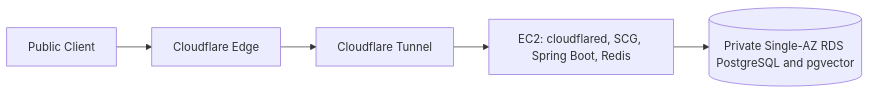
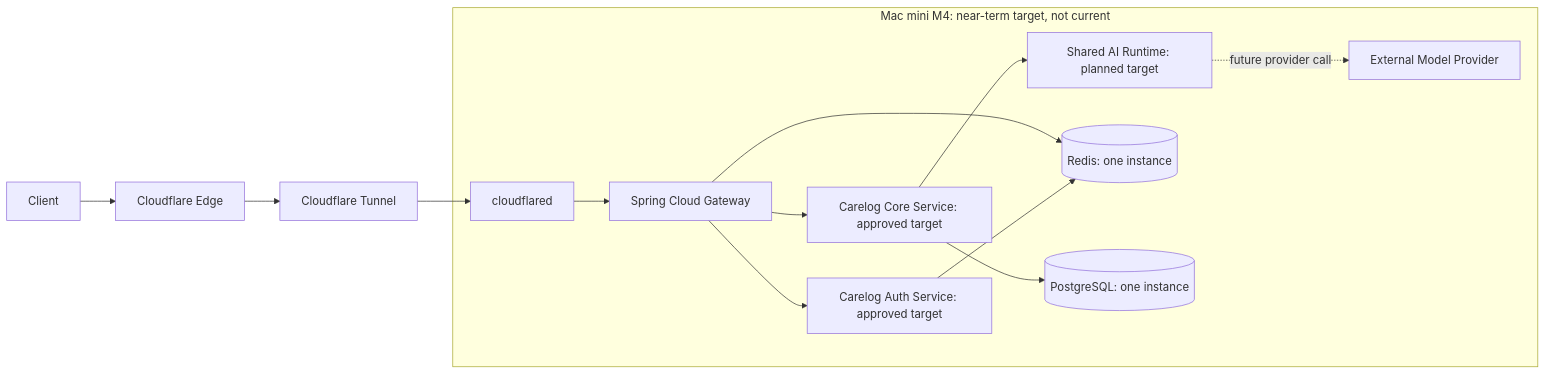
Before and after one commit to ranikun-labs/carelog-be: the third of 5 diagrams in docs/architecture/runtime-deployment-profiles.md, drawn with Mermaid. The commit also changed other lines of this file and 1 other file, not shown here.

Commit message:
docs(architecture): 제품과 공용 플랫폼의 서비스 경계를 구분

````diff
--- a/docs/architecture/runtime-deployment-profiles.md
+++ b/docs/architecture/runtime-deployment-profiles.md
@@ -52,7 +79,16 @@
 ```mermaid
 flowchart LR
-    client[Public Client] --> edge[Cloudflare Edge]
+    client[Client] --> edge[Cloudflare Edge]
     edge --> tunnel[Cloudflare Tunnel]
-    tunnel --> ec2[EC2: cloudflared, SCG, Spring Boot, Redis]
-    ec2 --> rds[(Private Single-AZ RDS PostgreSQL and pgvector)]
+    subgraph host[Mac mini M4: near-term target, not current]
+        connector[cloudflared] --> gateway[Spring Cloud Gateway]
+        gateway --> auth[Carelog Auth Service: approved target]
+        gateway --> core[Carelog Core Service: approved target]
+        core --> ai[Shared AI Runtime: planned target]
+        gateway --> redis[(Redis: one instance)]
+        auth --> redis
+        core --> postgres[(PostgreSQL: one instance)]
+        ai -. future provider call .-> provider[External Model Provider]
+    end
+    tunnel --> connector
 ```
````
